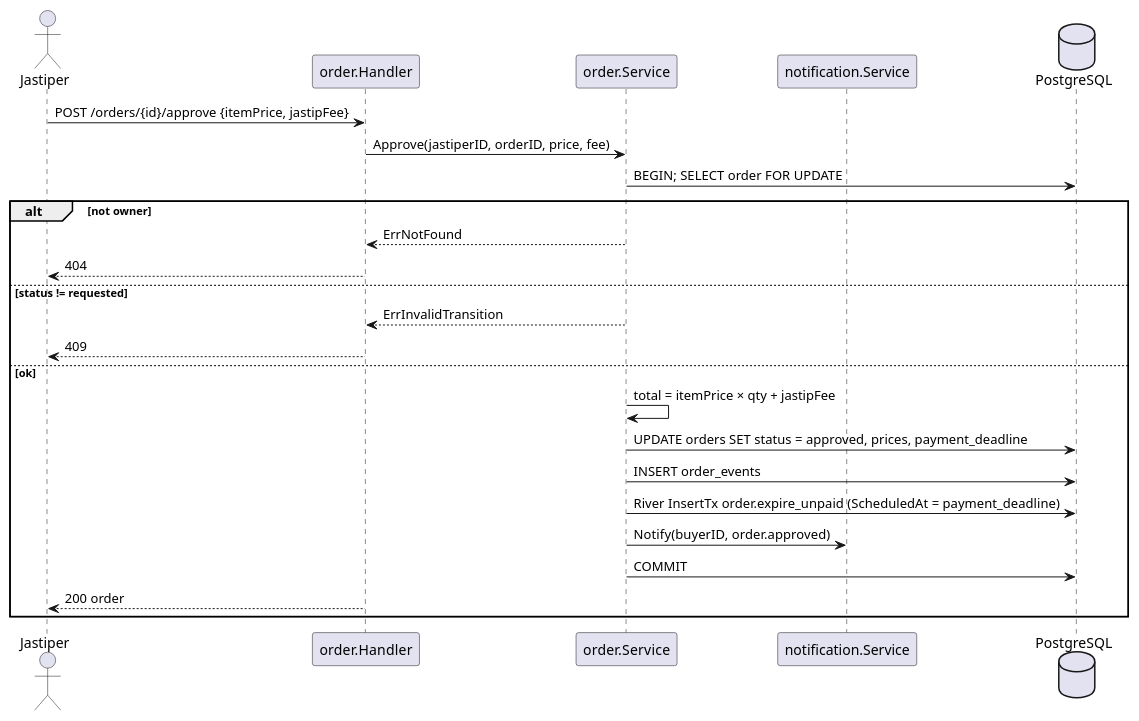
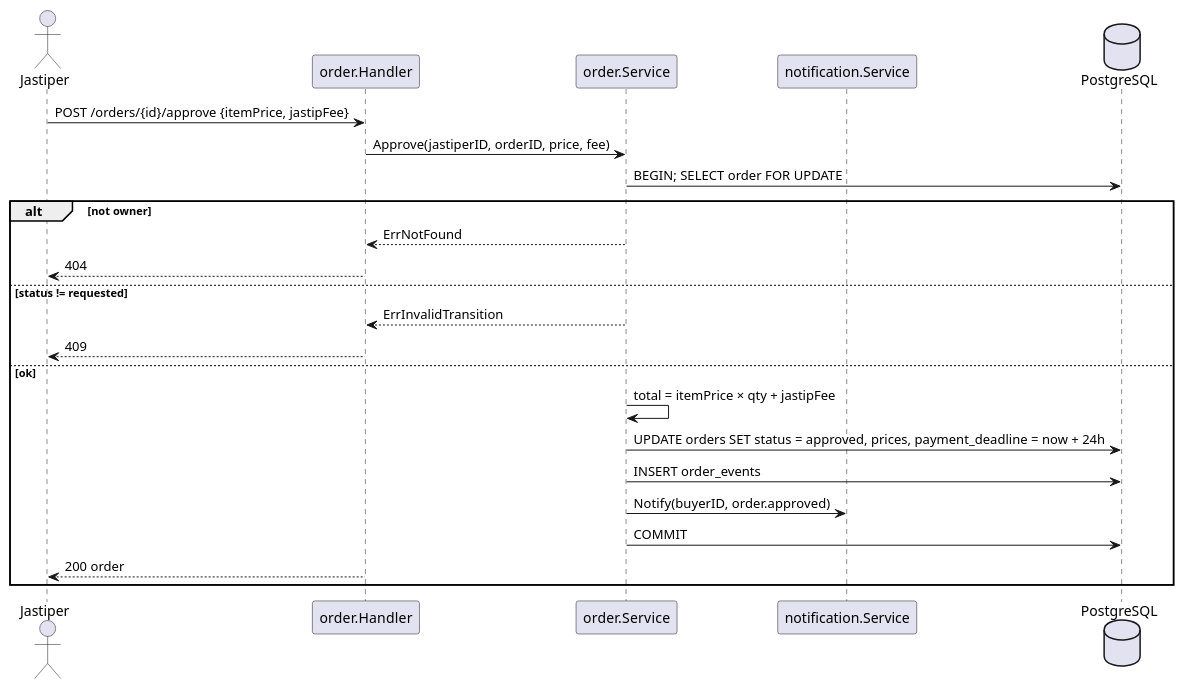
One commit to Titip-Dong/titipdong-be changed the fourth of 5 diagrams in docs/features/order.md. Above: the diagram before and after it, drawn with PlantUML. The commit also changed other lines of this file and 11 other files, not shown here.

````diff
--- a/docs/features/order.md
+++ b/docs/features/order.md
@@ -227,28 +240,27 @@
 ```plantuml
 @startuml
 actor Jastiper
 participant "order.Handler" as H
 participant "order.Service" as S
 participant "notification.Service" as N
 database PostgreSQL as DB
 
 Jastiper -> H : POST /orders/{id}/approve {itemPrice, jastipFee}
 H -> S : Approve(jastiperID, orderID, price, fee)
 S -> DB : BEGIN; SELECT order FOR UPDATE
 alt not owner
   S --> H : ErrNotFound
   H --> Jastiper : 404
 else status != requested
   S --> H : ErrInvalidTransition
   H --> Jastiper : 409
 else ok
   S -> S : total = itemPrice × qty + jastipFee
-  S -> DB : UPDATE orders SET status = approved, prices, payment_deadline
+  S -> DB : UPDATE orders SET status = approved, prices, payment_deadline = now + 24h
   S -> DB : INSERT order_events
-  S -> DB : River InsertTx order.expire_unpaid (ScheduledAt = payment_deadline)
   S -> N : Notify(buyerID, order.approved)
   S -> DB : COMMIT
   H --> Jastiper : 200 order
 end
 @enduml
 ```
````
